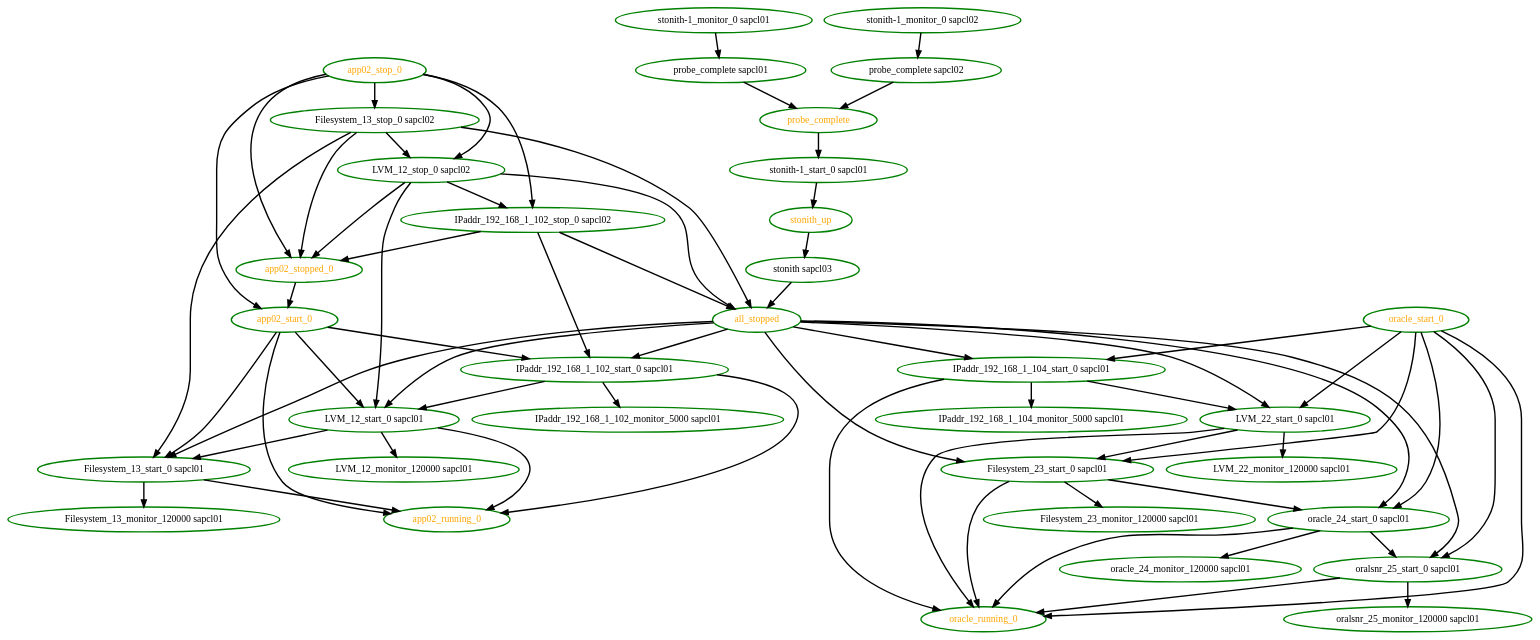
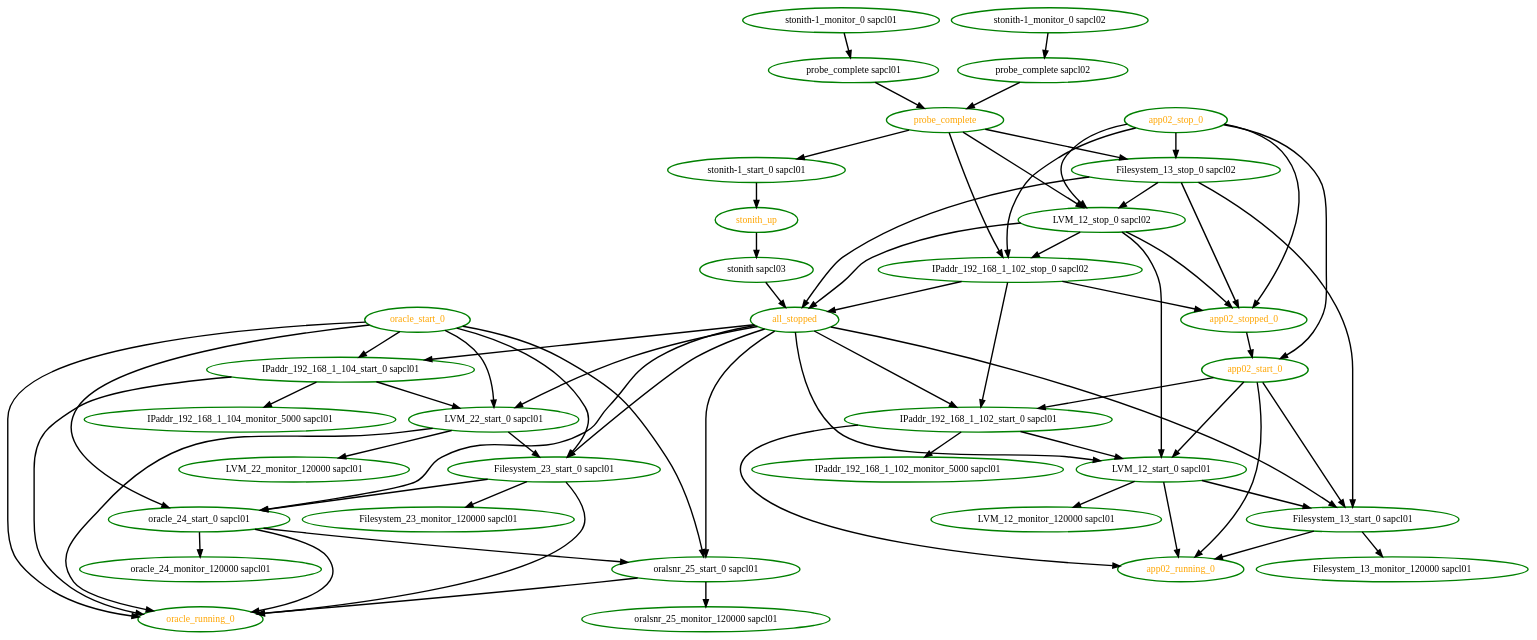
The diagram in pengine/test10/rec-node-15.dot (linux-ha-japan/pm_diskd), drawn with Graphviz before and after one commit. The commit also changed 22 other files, not shown here.

```diff
--- a/pengine/test10/rec-node-15.dot
+++ b/pengine/test10/rec-node-15.dot
@@ -1,101 +1,104 @@
  digraph "g" {
 "Filesystem_13_monitor_120000 sapcl01" [ style=bold color="green" fontcolor="black"  ]
 "Filesystem_13_start_0 sapcl01" -> "Filesystem_13_monitor_120000 sapcl01" [ style = bold]
 "Filesystem_13_start_0 sapcl01" -> "app02_running_0" [ style = bold]
 "Filesystem_13_start_0 sapcl01" [ style=bold color="green" fontcolor="black"  ]
 "Filesystem_13_stop_0 sapcl02" -> "Filesystem_13_start_0 sapcl01" [ style = bold]
 "Filesystem_13_stop_0 sapcl02" -> "LVM_12_stop_0 sapcl02" [ style = bold]
 "Filesystem_13_stop_0 sapcl02" -> "all_stopped" [ style = bold]
 "Filesystem_13_stop_0 sapcl02" -> "app02_stopped_0" [ style = bold]
 "Filesystem_13_stop_0 sapcl02" [ style=bold color="green" fontcolor="black"  ]
 "Filesystem_23_monitor_120000 sapcl01" [ style=bold color="green" fontcolor="black"  ]
 "Filesystem_23_start_0 sapcl01" -> "Filesystem_23_monitor_120000 sapcl01" [ style = bold]
 "Filesystem_23_start_0 sapcl01" -> "oracle_24_start_0 sapcl01" [ style = bold]
 "Filesystem_23_start_0 sapcl01" -> "oracle_running_0" [ style = bold]
 "Filesystem_23_start_0 sapcl01" [ style=bold color="green" fontcolor="black"  ]
 "IPaddr_192_168_1_102_monitor_5000 sapcl01" [ style=bold color="green" fontcolor="black"  ]
 "IPaddr_192_168_1_102_start_0 sapcl01" -> "IPaddr_192_168_1_102_monitor_5000 sapcl01" [ style = bold]
 "IPaddr_192_168_1_102_start_0 sapcl01" -> "LVM_12_start_0 sapcl01" [ style = bold]
 "IPaddr_192_168_1_102_start_0 sapcl01" -> "app02_running_0" [ style = bold]
 "IPaddr_192_168_1_102_start_0 sapcl01" [ style=bold color="green" fontcolor="black"  ]
 "IPaddr_192_168_1_102_stop_0 sapcl02" -> "IPaddr_192_168_1_102_start_0 sapcl01" [ style = bold]
 "IPaddr_192_168_1_102_stop_0 sapcl02" -> "all_stopped" [ style = bold]
 "IPaddr_192_168_1_102_stop_0 sapcl02" -> "app02_stopped_0" [ style = bold]
 "IPaddr_192_168_1_102_stop_0 sapcl02" [ style=bold color="green" fontcolor="black"  ]
 "IPaddr_192_168_1_104_monitor_5000 sapcl01" [ style=bold color="green" fontcolor="black"  ]
 "IPaddr_192_168_1_104_start_0 sapcl01" -> "IPaddr_192_168_1_104_monitor_5000 sapcl01" [ style = bold]
 "IPaddr_192_168_1_104_start_0 sapcl01" -> "LVM_22_start_0 sapcl01" [ style = bold]
 "IPaddr_192_168_1_104_start_0 sapcl01" -> "oracle_running_0" [ style = bold]
 "IPaddr_192_168_1_104_start_0 sapcl01" [ style=bold color="green" fontcolor="black"  ]
 "LVM_12_monitor_120000 sapcl01" [ style=bold color="green" fontcolor="black"  ]
 "LVM_12_start_0 sapcl01" -> "Filesystem_13_start_0 sapcl01" [ style = bold]
 "LVM_12_start_0 sapcl01" -> "LVM_12_monitor_120000 sapcl01" [ style = bold]
 "LVM_12_start_0 sapcl01" -> "app02_running_0" [ style = bold]
 "LVM_12_start_0 sapcl01" [ style=bold color="green" fontcolor="black"  ]
 "LVM_12_stop_0 sapcl02" -> "IPaddr_192_168_1_102_stop_0 sapcl02" [ style = bold]
 "LVM_12_stop_0 sapcl02" -> "LVM_12_start_0 sapcl01" [ style = bold]
 "LVM_12_stop_0 sapcl02" -> "all_stopped" [ style = bold]
 "LVM_12_stop_0 sapcl02" -> "app02_stopped_0" [ style = bold]
 "LVM_12_stop_0 sapcl02" [ style=bold color="green" fontcolor="black"  ]
 "LVM_22_monitor_120000 sapcl01" [ style=bold color="green" fontcolor="black"  ]
 "LVM_22_start_0 sapcl01" -> "Filesystem_23_start_0 sapcl01" [ style = bold]
 "LVM_22_start_0 sapcl01" -> "LVM_22_monitor_120000 sapcl01" [ style = bold]
 "LVM_22_start_0 sapcl01" -> "oracle_running_0" [ style = bold]
 "LVM_22_start_0 sapcl01" [ style=bold color="green" fontcolor="black"  ]
 "all_stopped" -> "Filesystem_13_start_0 sapcl01" [ style = bold]
 "all_stopped" -> "Filesystem_23_start_0 sapcl01" [ style = bold]
 "all_stopped" -> "IPaddr_192_168_1_102_start_0 sapcl01" [ style = bold]
 "all_stopped" -> "IPaddr_192_168_1_104_start_0 sapcl01" [ style = bold]
 "all_stopped" -> "LVM_12_start_0 sapcl01" [ style = bold]
 "all_stopped" -> "LVM_22_start_0 sapcl01" [ style = bold]
 "all_stopped" -> "oracle_24_start_0 sapcl01" [ style = bold]
 "all_stopped" -> "oralsnr_25_start_0 sapcl01" [ style = bold]
 "all_stopped" [ style=bold color="green" fontcolor="orange"  ]
 "app02_running_0" [ style=bold color="green" fontcolor="orange"  ]
 "app02_start_0" -> "Filesystem_13_start_0 sapcl01" [ style = bold]
 "app02_start_0" -> "IPaddr_192_168_1_102_start_0 sapcl01" [ style = bold]
 "app02_start_0" -> "LVM_12_start_0 sapcl01" [ style = bold]
 "app02_start_0" -> "app02_running_0" [ style = bold]
 "app02_start_0" [ style=bold color="green" fontcolor="orange"  ]
 "app02_stop_0" -> "Filesystem_13_stop_0 sapcl02" [ style = bold]
 "app02_stop_0" -> "IPaddr_192_168_1_102_stop_0 sapcl02" [ style = bold]
 "app02_stop_0" -> "LVM_12_stop_0 sapcl02" [ style = bold]
 "app02_stop_0" -> "app02_start_0" [ style = bold]
 "app02_stop_0" -> "app02_stopped_0" [ style = bold]
 "app02_stop_0" [ style=bold color="green" fontcolor="orange"  ]
 "app02_stopped_0" -> "app02_start_0" [ style = bold]
 "app02_stopped_0" [ style=bold color="green" fontcolor="orange"  ]
 "oracle_24_monitor_120000 sapcl01" [ style=bold color="green" fontcolor="black"  ]
 "oracle_24_start_0 sapcl01" -> "oracle_24_monitor_120000 sapcl01" [ style = bold]
 "oracle_24_start_0 sapcl01" -> "oracle_running_0" [ style = bold]
 "oracle_24_start_0 sapcl01" -> "oralsnr_25_start_0 sapcl01" [ style = bold]
 "oracle_24_start_0 sapcl01" [ style=bold color="green" fontcolor="black"  ]
 "oracle_running_0" [ style=bold color="green" fontcolor="orange"  ]
 "oracle_start_0" -> "Filesystem_23_start_0 sapcl01" [ style = bold]
 "oracle_start_0" -> "IPaddr_192_168_1_104_start_0 sapcl01" [ style = bold]
 "oracle_start_0" -> "LVM_22_start_0 sapcl01" [ style = bold]
 "oracle_start_0" -> "oracle_24_start_0 sapcl01" [ style = bold]
 "oracle_start_0" -> "oracle_running_0" [ style = bold]
 "oracle_start_0" -> "oralsnr_25_start_0 sapcl01" [ style = bold]
 "oracle_start_0" [ style=bold color="green" fontcolor="orange"  ]
 "oralsnr_25_monitor_120000 sapcl01" [ style=bold color="green" fontcolor="black"  ]
 "oralsnr_25_start_0 sapcl01" -> "oracle_running_0" [ style = bold]
 "oralsnr_25_start_0 sapcl01" -> "oralsnr_25_monitor_120000 sapcl01" [ style = bold]
 "oralsnr_25_start_0 sapcl01" [ style=bold color="green" fontcolor="black"  ]
 "probe_complete sapcl01" -> "probe_complete" [ style = bold]
 "probe_complete sapcl01" [ style=bold color="green" fontcolor="black"  ]
 "probe_complete sapcl02" -> "probe_complete" [ style = bold]
 "probe_complete sapcl02" [ style=bold color="green" fontcolor="black"  ]
+"probe_complete" -> "Filesystem_13_stop_0 sapcl02" [ style = bold]
+"probe_complete" -> "IPaddr_192_168_1_102_stop_0 sapcl02" [ style = bold]
+"probe_complete" -> "LVM_12_stop_0 sapcl02" [ style = bold]
 "probe_complete" -> "stonith-1_start_0 sapcl01" [ style = bold]
 "probe_complete" [ style=bold color="green" fontcolor="orange"  ]
 "stonith sapcl03" -> "all_stopped" [ style = bold]
 "stonith sapcl03" [ style=bold color="green" fontcolor="black"  ]
 "stonith-1_monitor_0 sapcl01" -> "probe_complete sapcl01" [ style = bold]
 "stonith-1_monitor_0 sapcl01" [ style=bold color="green" fontcolor="black"  ]
 "stonith-1_monitor_0 sapcl02" -> "probe_complete sapcl02" [ style = bold]
 "stonith-1_monitor_0 sapcl02" [ style=bold color="green" fontcolor="black"  ]
 "stonith-1_start_0 sapcl01" -> "stonith_up" [ style = bold]
 "stonith-1_start_0 sapcl01" [ style=bold color="green" fontcolor="black"  ]
 "stonith_up" -> "stonith sapcl03" [ style = bold]
 "stonith_up" [ style=bold color="green" fontcolor="orange"  ]
 }
```
